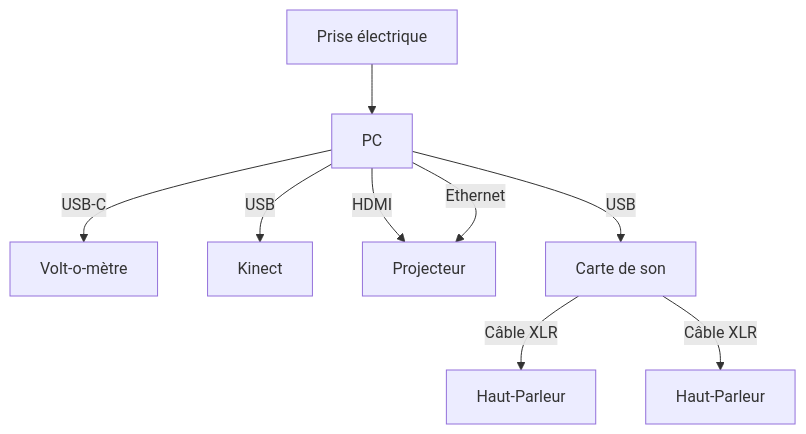
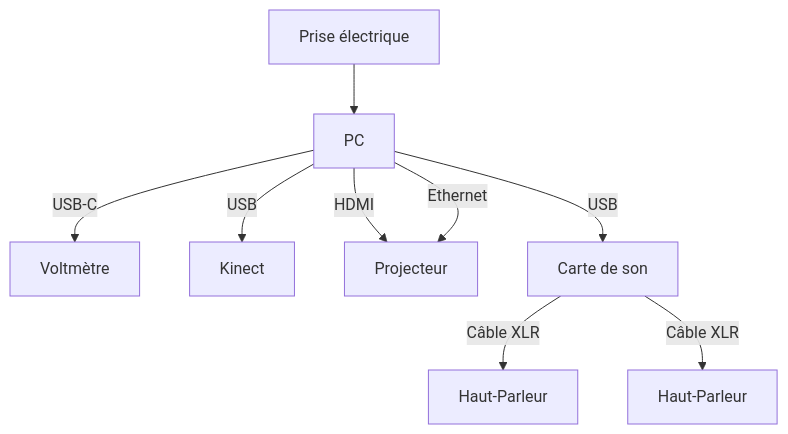
Before and after one commit to GearShift-Games/Web-C0N-DU8: the diagram in 30_production/30_synoptique/README.md, drawn with Mermaid.

````diff
--- a/30_production/30_synoptique/README.md
+++ b/30_production/30_synoptique/README.md
@@ -2,12 +2,12 @@
 ```mermaid
 flowchart TD
     A[Prise électrique] --> B[PC]
-    B --> |USB-C| C[Volt-o-mètre]
+    B --> |USB-C| C[Voltmètre]
     B --> |USB| D[Kinect]
     B --> |HDMI| E[Projecteur]
     B --> |Ethernet| E
     B --> |USB| F[Carte de son]
     F --> |Câble XLR| G[Haut-Parleur]
     F --> |Câble XLR| H[Haut-Parleur]
 
   ```
````
